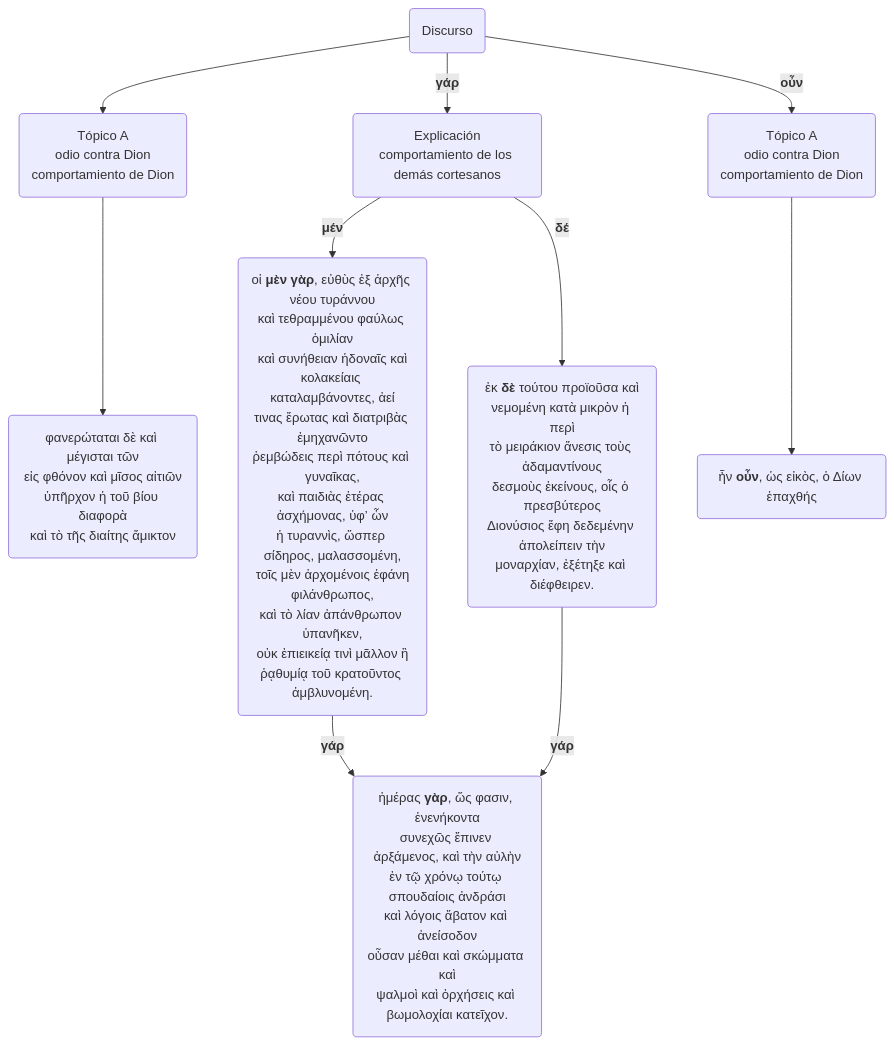
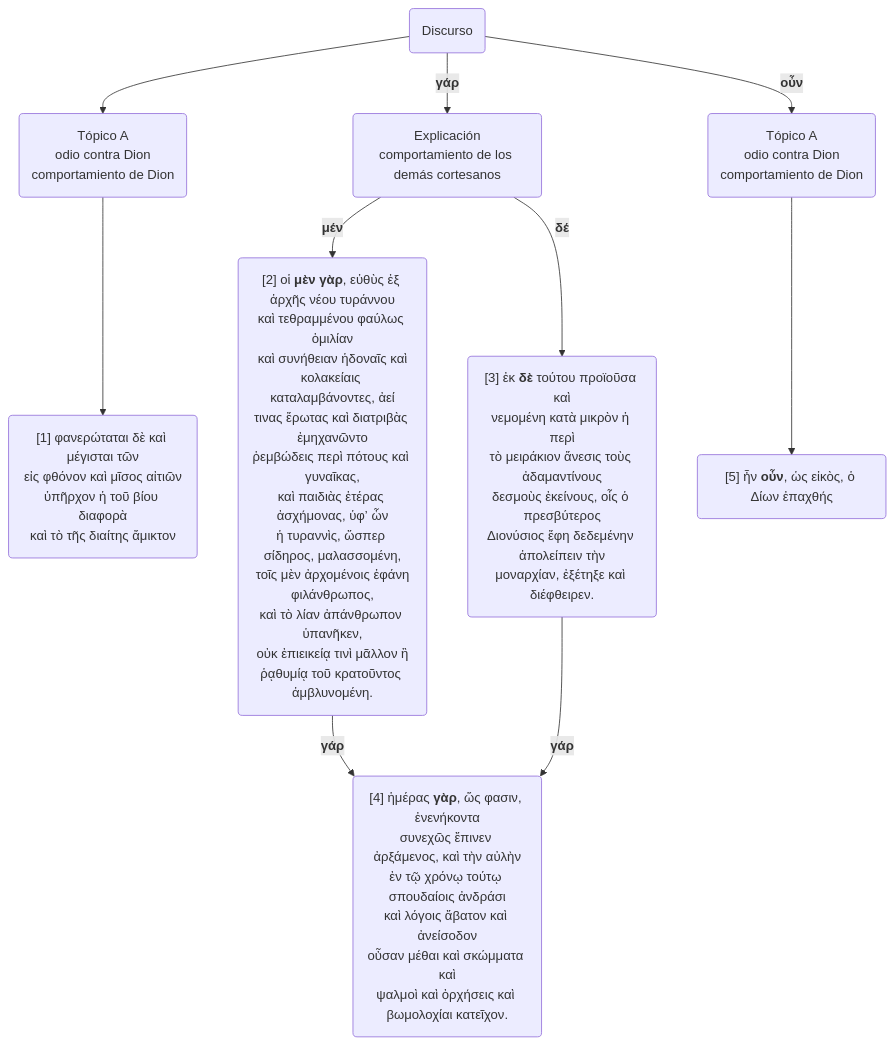
The eighth of 26 diagrams in docs/Plutarch_Dion/Dion.md (pajaro1966/Asignaturas), drawn with Mermaid before and after one commit. The commit also changed other lines of this file and 78 other files, not shown here.

````diff
--- a/docs/Plutarch_Dion/Dion.md
+++ b/docs/Plutarch_Dion/Dion.md
@@ -473,11 +501,11 @@
     ```mermaid
     graph TB
-    A("Discurso")-->B("Tópico A<br>odio contra Dion<br>comportamiento de Dion")-->B1("φανερώταται δὲ καὶ μέγισται τῶν<br>εἰς φθόνον καὶ μῖσος αἰτιῶν<br>ὑπῆρχον ἡ τοῦ βίου διαφορὰ<br>καὶ τὸ τῆς διαίτης ἄμικτον")
+    A("Discurso")-->B("Tópico A<br>odio contra Dion<br>comportamiento de Dion")-->B1("[1] φανερώταται δὲ καὶ μέγισται τῶν<br>εἰς φθόνον καὶ μῖσος αἰτιῶν<br>ὑπῆρχον ἡ τοῦ βίου διαφορὰ<br>καὶ τὸ τῆς διαίτης ἄμικτον")
     A-->|"<b>γάρ</b>"|C("Explicación<br>comportamiento de los demás cortesanos")
-    C-->|"<b>μέν</b>"|C1("οἱ <b>μὲν γὰρ</b>, εὐθὺς ἐξ ἀρχῆς νέου τυράννου<br>καὶ τεθραμμένου φαύλως ὁμιλίαν<br>καὶ συνήθειαν ἡδοναῖς καὶ<br>κολακείαις καταλαμβάνοντες, ἀεί<br>τινας ἔρωτας καὶ διατριβὰς ἐμηχανῶντο<br>ῥεμβώδεις περὶ πότους καὶ γυναῖκας,<br>καὶ παιδιὰς ἑτέρας ἀσχήμονας, ὑφʼ ὧν<br>ἡ τυραννὶς, ὥσπερ σίδηρος, μαλασσομένη,<br> τοῖς μὲν ἀρχομένοις ἐφάνη φιλάνθρωπος,<br>καὶ τὸ λίαν ἀπάνθρωπον ὑπανῆκεν,<br>οὐκ ἐπιεικείᾳ τινὶ μᾶλλον ἢ<br>ῥᾳθυμίᾳ τοῦ κρατοῦντος ἀμβλυνομένη.")
-    
-    C-->|"<b>δέ</b>"|C2("ἐκ <b>δὲ</b> τούτου προϊοῦσα καὶ<br>νεμομένη κατὰ μικρὸν ἡ περὶ<br>τὸ μειράκιον ἄνεσις τοὺς ἀδαμαντίνους<br>δεσμοὺς ἐκείνους, οἷς ὁ πρεσβύτερος<br>Διονύσιος ἔφη δεδεμένην ἀπολείπειν τὴν<br>μοναρχίαν, ἐξέτηξε καὶ διέφθειρεν.")
-    C1-->|"<b>γάρ</b>"|C11("ἡμέρας <b>γὰρ</b>, ὥς φασιν, ἐνενήκοντα<br>συνεχῶς ἔπινεν ἀρξάμενος, καὶ τὴν αὐλὴν<br>ἐν τῷ χρόνῳ τούτῳ σπουδαίοις ἀνδράσι<br>καὶ λόγοις ἄβατον καὶ ἀνείσοδον<br>οὖσαν μέθαι καὶ σκώμματα καὶ<br>ψαλμοὶ καὶ ὀρχήσεις καὶ βωμολοχίαι κατεῖχον.")
+    C-->|"<b>μέν</b>"|C1("[2] οἱ <b>μὲν γὰρ</b>, εὐθὺς ἐξ ἀρχῆς νέου τυράννου<br>καὶ τεθραμμένου φαύλως ὁμιλίαν<br>καὶ συνήθειαν ἡδοναῖς καὶ<br>κολακείαις καταλαμβάνοντες, ἀεί<br>τινας ἔρωτας καὶ διατριβὰς ἐμηχανῶντο<br>ῥεμβώδεις περὶ πότους καὶ γυναῖκας,<br>καὶ παιδιὰς ἑτέρας ἀσχήμονας, ὑφʼ ὧν<br>ἡ τυραννὶς, ὥσπερ σίδηρος, μαλασσομένη,<br> τοῖς μὲν ἀρχομένοις ἐφάνη φιλάνθρωπος,<br>καὶ τὸ λίαν ἀπάνθρωπον ὑπανῆκεν,<br>οὐκ ἐπιεικείᾳ τινὶ μᾶλλον ἢ<br>ῥᾳθυμίᾳ τοῦ κρατοῦντος ἀμβλυνομένη.")
+
+    C-->|"<b>δέ</b>"|C2("[3] ἐκ <b>δὲ</b> τούτου προϊοῦσα καὶ<br>νεμομένη κατὰ μικρὸν ἡ περὶ<br>τὸ μειράκιον ἄνεσις τοὺς ἀδαμαντίνους<br>δεσμοὺς ἐκείνους, οἷς ὁ πρεσβύτερος<br>Διονύσιος ἔφη δεδεμένην ἀπολείπειν τὴν<br>μοναρχίαν, ἐξέτηξε καὶ διέφθειρεν.")
+    C1-->|"<b>γάρ</b>"|C11("[4] ἡμέρας <b>γὰρ</b>, ὥς φασιν, ἐνενήκοντα<br>συνεχῶς ἔπινεν ἀρξάμενος, καὶ τὴν αὐλὴν<br>ἐν τῷ χρόνῳ τούτῳ σπουδαίοις ἀνδράσι<br>καὶ λόγοις ἄβατον καὶ ἀνείσοδον<br>οὖσαν μέθαι καὶ σκώμματα καὶ<br>ψαλμοὶ καὶ ὀρχήσεις καὶ βωμολοχίαι κατεῖχον.")
     C2-->|"<b>γάρ</b>"|C11
-    A-->|"<b>οὖν</b>"|D("Tópico A<br>odio contra Dion<br>comportamiento de Dion")-->D1("ἦν <b>οὖν</b>, ὡς εἰκὸς, ὁ Δίων ἐπαχθής")
+    A-->|"<b>οὖν</b>"|D("Tópico A<br>odio contra Dion<br>comportamiento de Dion")-->D1("[5] ἦν <b>οὖν</b>, ὡς εἰκὸς, ὁ Δίων ἐπαχθής")
     ```
````
